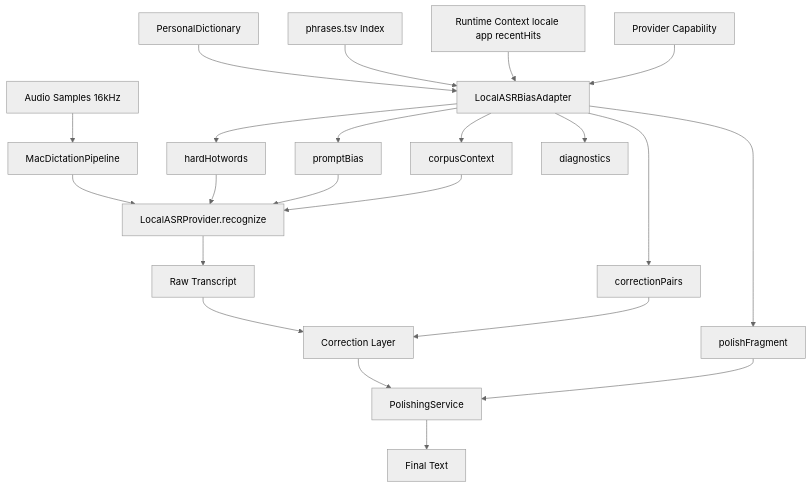
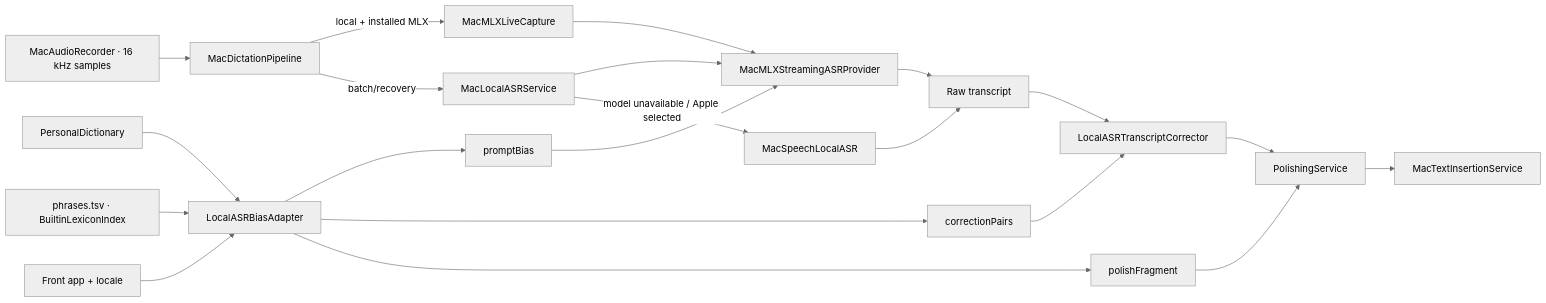
The diagram in docs/local-asr-architecture.md (hkgood/OSGKeyboard), drawn with Mermaid (neutral theme) before and after one commit. The commit also changed other lines of this file and 201 other files, not shown here.

````diff
--- a/docs/local-asr-architecture.md
+++ b/docs/local-asr-architecture.md
@@ -149,27 +23,24 @@
 ```mermaid
-flowchart TD
-    audioSamples["Audio Samples 16kHz"] --> macPipeline["MacDictationPipeline"]
-    personalDict["PersonalDictionary"] --> biasAdapter["LocalASRBiasAdapter"]
-    phrasesTSV["phrases.tsv Index"] --> biasAdapter
-    runtimeCtx["Runtime Context locale app recentHits"] --> biasAdapter
-    providerCap["Provider Capability"] --> biasAdapter
+flowchart LR
+    Audio["MacAudioRecorder · 16 kHz samples"] --> Pipeline["MacDictationPipeline"]
+    Dict["PersonalDictionary"] --> Bias["LocalASRBiasAdapter"]
+    Lexicon["phrases.tsv · BuiltinLexiconIndex"] --> Bias
+    App["Front app + locale"] --> Bias
+    Bias --> Prompt["promptBias"]
+    Bias --> Pairs["correctionPairs"]
+    Bias --> PolishTerms["polishFragment"]
 
-    biasAdapter --> hotwords["hardHotwords"]
-    biasAdapter --> promptBias["promptBias"]
-    biasAdapter --> corpusText["corpusContext"]
-    biasAdapter --> correctionPairs["correctionPairs"]
-    biasAdapter --> polishFrag["polishFragment"]
-    biasAdapter --> diag["diagnostics"]
-
-    macPipeline --> recognize["LocalASRProvider.recognize"]
-    hotwords --> recognize
-    promptBias --> recognize
-    corpusText --> recognize
-
-    recognize --> rawTranscript["Raw Transcript"]
-    rawTranscript --> correctionLayer["Correction Layer"]
-    correctionPairs --> correctionLayer
-    correctionLayer --> polishingService["PolishingService"]
-    polishFrag --> polishingService
-    polishingService --> finalText["Final Text"]
+    Pipeline -->|local + installed MLX| Live["MacMLXLiveCapture"]
+    Pipeline -->|batch/recovery| Local["MacLocalASRService"]
+    Live --> Qwen["MacMLXStreamingASRProvider"]
+    Local --> Qwen
+    Local -->|model unavailable / Apple selected| Apple["MacSpeechLocalASR"]
+    Prompt --> Qwen
+    Qwen --> Raw["Raw transcript"]
+    Apple --> Raw
+    Raw --> Correct["LocalASRTranscriptCorrector"]
+    Pairs --> Correct
+    Correct --> Polish["PolishingService"]
+    PolishTerms --> Polish
+    Polish --> Insert["MacTextInsertionService"]
 ```
````
